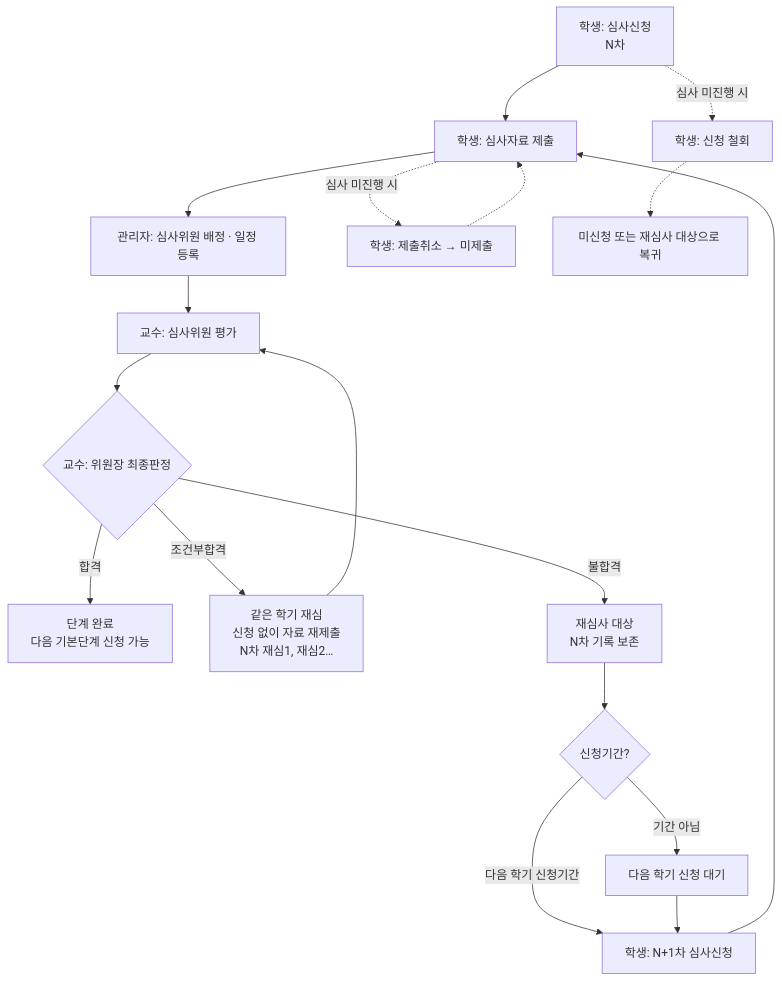
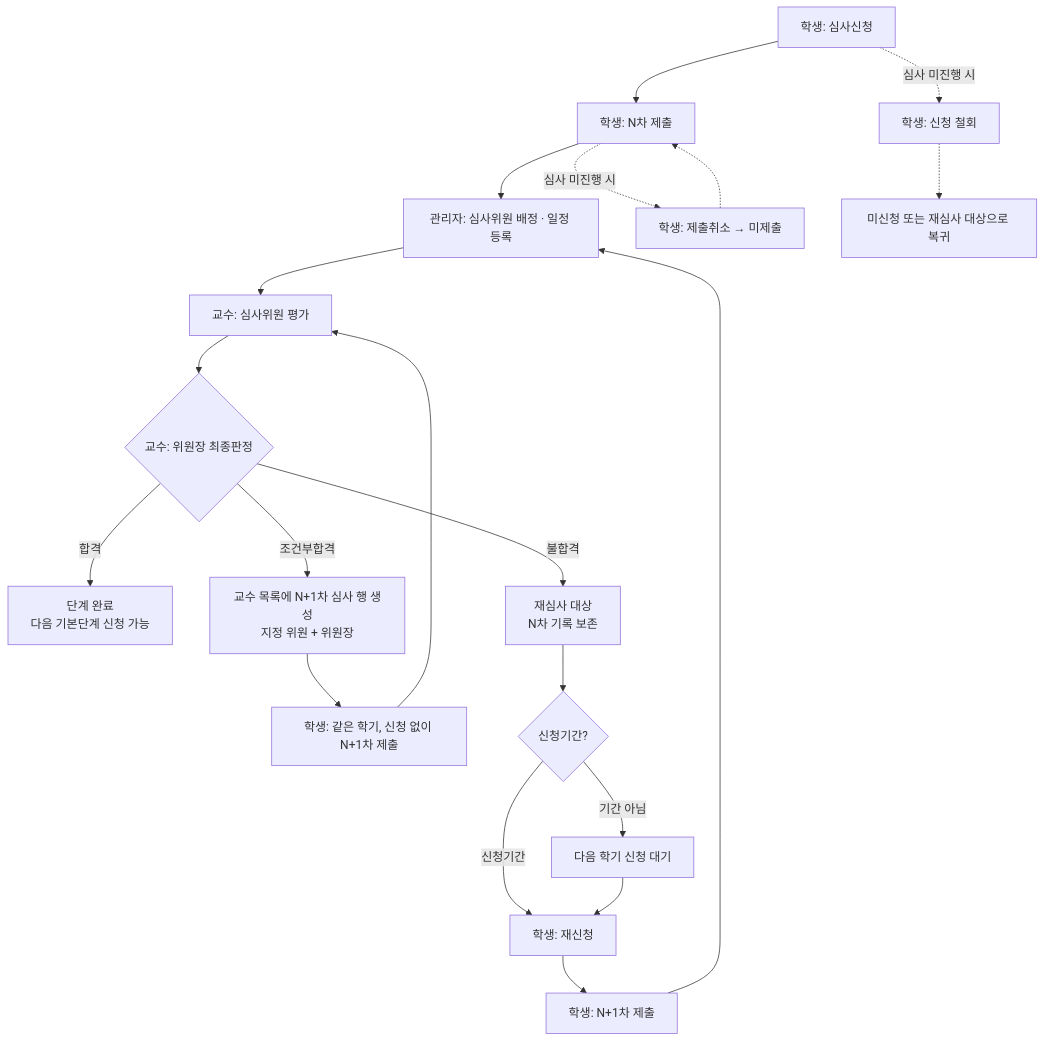
Before and after one commit to lemonsnack-rgb/hycu_new: the diagram in docs/재심사_프로세스_목업기준_20261006.md, drawn with Mermaid. The commit also changed other lines of this file and 3 other files, not shown here.

````diff
--- a/docs/재심사_프로세스_목업기준_20261006.md
+++ b/docs/재심사_프로세스_목업기준_20261006.md
@@ -24,21 +25,23 @@
 ```mermaid
 flowchart TD
-    A[학생: 심사신청<br/>N차] --> B[학생: 심사자료 제출]
+    A[학생: 심사신청] --> B[학생: N차 제출]
     B --> C[관리자: 심사위원 배정 · 일정 등록]
     C --> D[교수: 심사위원 평가]
     D --> E{교수: 위원장 최종판정}
     E -->|합격| F[단계 완료<br/>다음 기본단계 신청 가능]
-    E -->|조건부합격| G[같은 학기 재심<br/>신청 없이 자료 재제출<br/>N차 재심1, 재심2…]
-    G --> D
+    E -->|조건부합격| G[교수 목록에 N+1차 심사 행 생성<br/>지정 위원 + 위원장]
+    G --> B2[학생: 같은 학기, 신청 없이 N+1차 제출]
+    B2 --> D
     E -->|불합격| H[재심사 대상<br/>N차 기록 보존]
     H --> I{신청기간?}
-    I -->|다음 학기 신청기간| A2[학생: N+1차 심사신청]
+    I -->|신청기간| R[학생: 재신청]
     I -->|기간 아님| J[다음 학기 신청 대기]
-    J --> A2
-    A2 --> B
+    J --> R
+    R --> B3[학생: N+1차 제출]
+    B3 --> C
 
     B -.->|심사 미진행 시| K[학생: 제출취소 → 미제출]
     K -.-> B
     A -.->|심사 미진행 시| L[학생: 신청 철회]
     L -.-> M[미신청 또는 재심사 대상으로 복귀]
 ```
````
